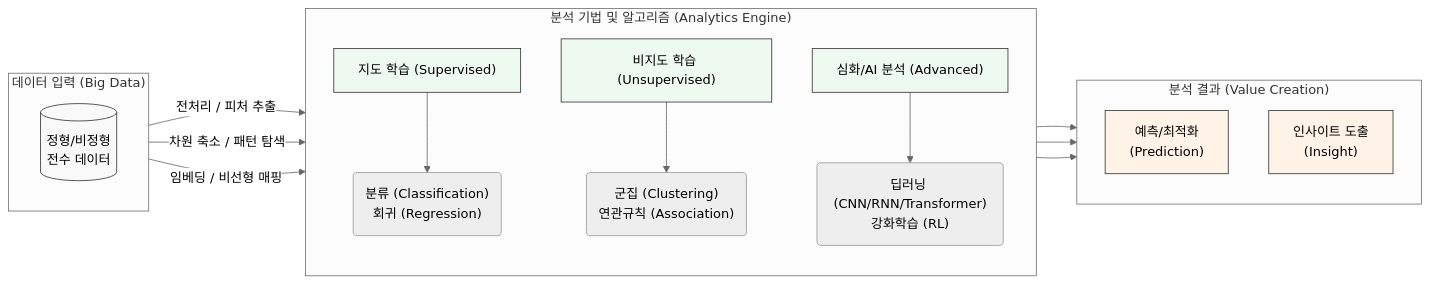
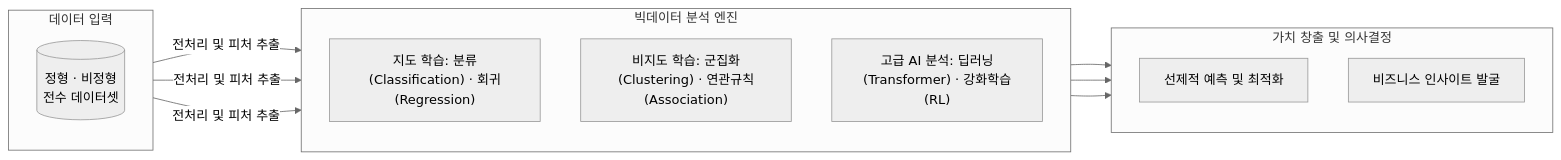
Before and after one commit to supremethumb/supremethumb.github.io: the diagram in content/01_IT Tech/빅데이터 분석 기법.md, drawn with Mermaid (neutral theme). The commit also changed other lines of this file and 362 other files, not shown here.

````diff
--- a/content/01_IT Tech/빅데이터 분석 기법.md
+++ b/content/01_IT Tech/빅데이터 분석 기법.md
@@ -26,36 +36,24 @@
 ```mermaid
 flowchart LR
-    subgraph "데이터 입력 (Big Data)"
+    subgraph Input ["데이터 입력"]
         direction TB
-        D1[(정형/비정형\n전수 데이터)]
+        Raw[("정형 · 비정형<br/>전수 데이터셋")]
     end
 
-    subgraph "분석 기법 및 알고리즘 (Analytics Engine)"
+    subgraph Analytics ["빅데이터 분석 엔진"]
         direction TB
-        A["지도 학습 (Supervised)"] --> A1("분류 (Classification)\n회귀 (Regression)")
-        B["비지도 학습 (Unsupervised)"] --> B1("군집 (Clustering)\n연관규칙 (Association)")
-        C["심화/AI 분석 (Advanced)"] --> C1("딥러닝 (CNN/RNN/Transformer)\n강화학습 (RL)")
+        S["지도 학습: 분류(Classification) · 회귀(Regression)"]
+        U["비지도 학습: 군집화(Clustering) · 연관규칙(Association)"]
+        A["고급 AI 분석: 딥러닝(Transformer) · 강화학습(RL)"]
     end
 
-    subgraph "분석 결과 (Value Creation)"
+    subgraph Output ["가치 창출 및 의사결정"]
         direction TB
-        R1["예측/최적화\n(Prediction)"]
-        R2["인사이트 도출\n(Insight)"]
+        P["선제적 예측 및 최적화"]
+        I["비즈니스 인사이트 발굴"]
     end
 
-    D1 --> |"전처리 / 피처 추출"| A
-    D1 --> |"차원 축소 / 패턴 탐색"| B
-    D1 --> |"임베딩 / 비선형 매핑"| C
-
-    A1 --> R1
-    C1 --> R1
-    B1 --> R2
-
-    style D1 fill:#f9f9f9,stroke:#333,stroke-width:1px
-    style A fill:#eef9f0,stroke:#333,stroke-width:1px
-    style B fill:#eef9f0,stroke:#333,stroke-width:1px
-    style C fill:#eef9f0,stroke:#333,stroke-width:1px
-    style R1 fill:#fff2e6,stroke:#333,stroke-width:1px
-    style R2 fill:#fff2e6,stroke:#333,stroke-width:1px
-
+    Raw -->|"전처리 및 피처 추출"| S & U & A
+    S & A --> P
+    U --> I
 ```
````
